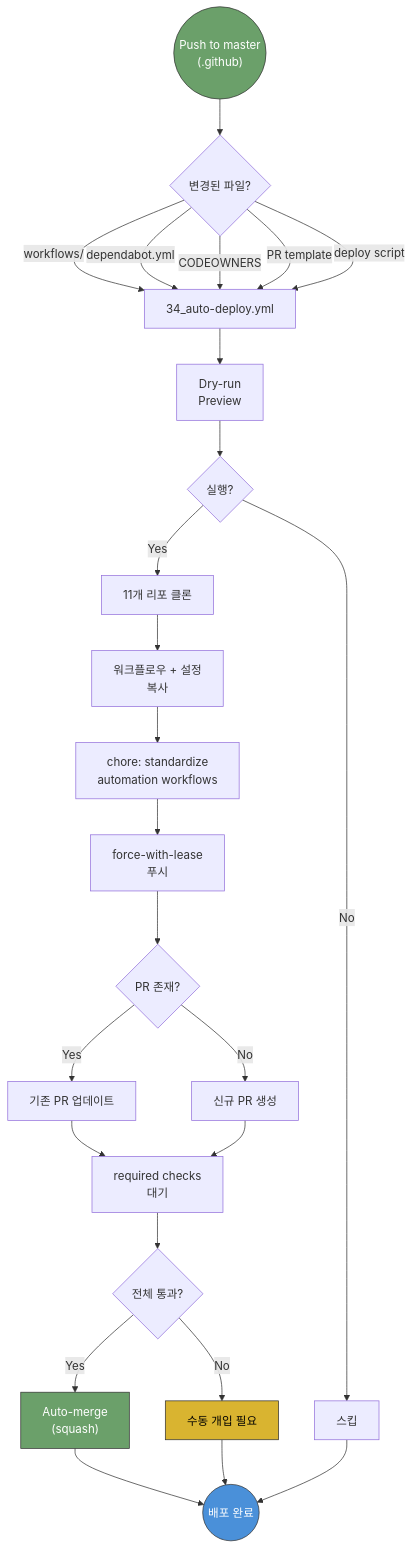
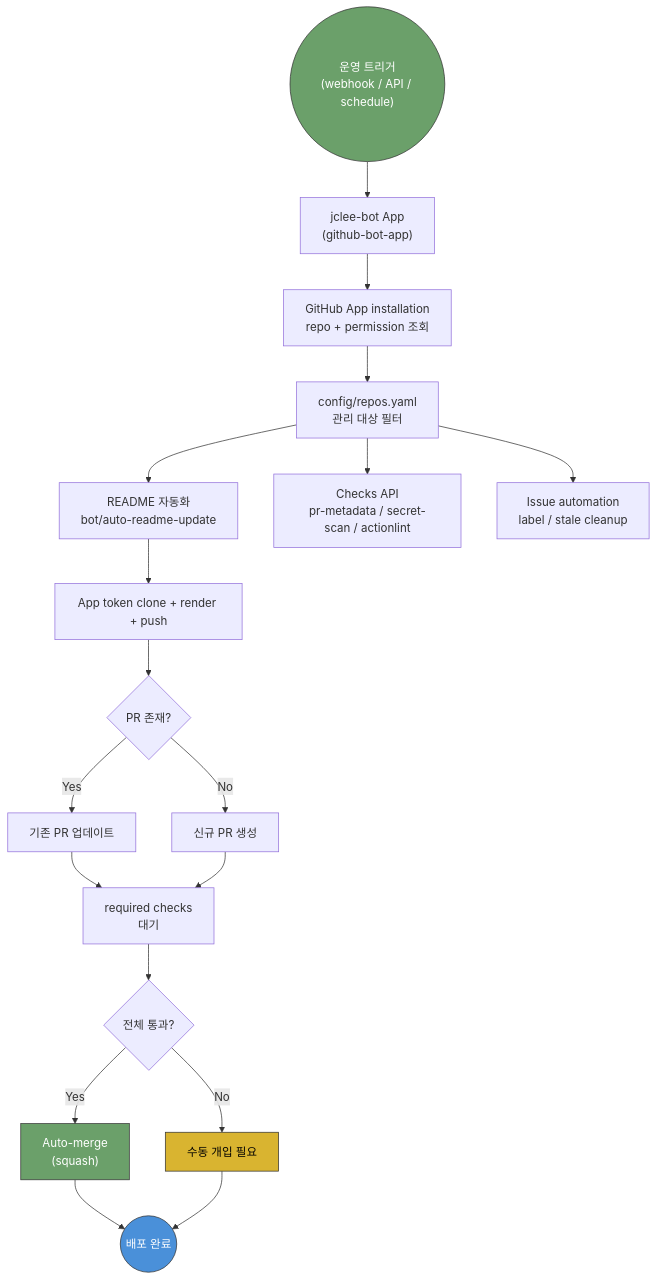
One commit to jclee941/.github changed the fifth of 10 diagrams in docs/architecture.md. Above: the diagram before and after it, drawn with Mermaid. The commit also changed other lines of this file and 13 other files, not shown here.

Commit message:
fix(app): unblock autonomous README checks

````diff
--- a/docs/architecture.md
+++ b/docs/architecture.md
@@ -211,40 +211,32 @@
 ```mermaid
 flowchart TD
-    START(("Push to master<br/>(.github)")) --> TRIGGER{"변경된 파일?"}
+    START(("운영 트리거<br/>(webhook / API / schedule)")) --> APP["jclee-bot App<br/>(github-bot-app)"]
     
-    TRIGGER -->|workflows/| DEPLOY["34_auto-deploy.yml"]
-    TRIGGER -->|dependabot.yml| DEPLOY
-    TRIGGER -->|CODEOWNERS| DEPLOY
-    TRIGGER -->|PR template| DEPLOY
-    TRIGGER -->|deploy script| DEPLOY
+    APP --> INSTALL["GitHub App installation<br/>repo + permission 조회"]
+    INSTALL --> TARGETS["config/repos.yaml<br/>관리 대상 필터"]
     
-    DEPLOY --> DRY["Dry-run<br/>Preview"]
-    DRY --> GO{"실행?"}
+    TARGETS --> README["README 자동화<br/>bot/auto-readme-update"]
+    TARGETS --> CHECKS["Checks API<br/>pr-metadata / secret-scan / actionlint"]
+    TARGETS --> ISSUES["Issue automation<br/>label / stale cleanup"]
     
-    GO -->|No| SKIP["스킵"]
-    GO -->|Yes| CLONE["11개 리포 클론"]
-    
-    CLONE --> COPY["워크플로우 + 설정<br/>복사"]
-    COPY --> COMMIT["chore: standardize<br/>automation workflows"]
-    COMMIT --> PUSH["force-with-lease<br/>푸시"]
-    PUSH --> PR{"PR 존재?"}
+    README --> BRANCH["App token clone + render + push"]
+    BRANCH --> PR{"PR 존재?"}
     
     PR -->|Yes| UPDATE["기존 PR 업데이트"]
     PR -->|No| CREATE["신규 PR 생성"]
     
     UPDATE --> WAIT["required checks<br/>대기"]
     CREATE --> WAIT
     WAIT --> PASS{"전체 통과?"}
     
     PASS -->|Yes| AUTO_MERGE["Auto-merge<br/>(squash)"]
     PASS -->|No| MANUAL["수동 개입 필요"]
     
     AUTO_MERGE --> END(("배포 완료"))
     MANUAL --> END
-    SKIP --> END
     
     style START fill:#6ba06a,stroke:#333,color:#fff
     style END fill:#4a90d9,stroke:#333,color:#fff
     style AUTO_MERGE fill:#6ba06a,stroke:#333,color:#fff
     style MANUAL fill:#d9b430,stroke:#333,color:#000
 ```
````
